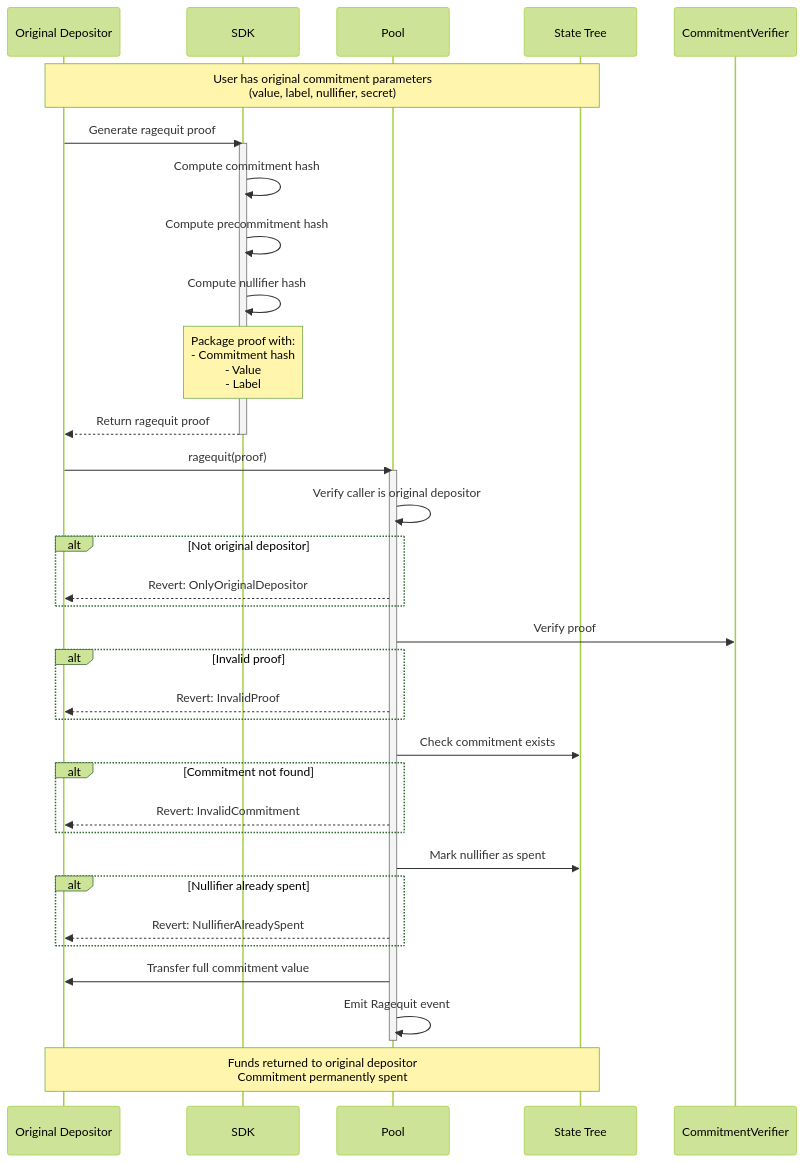
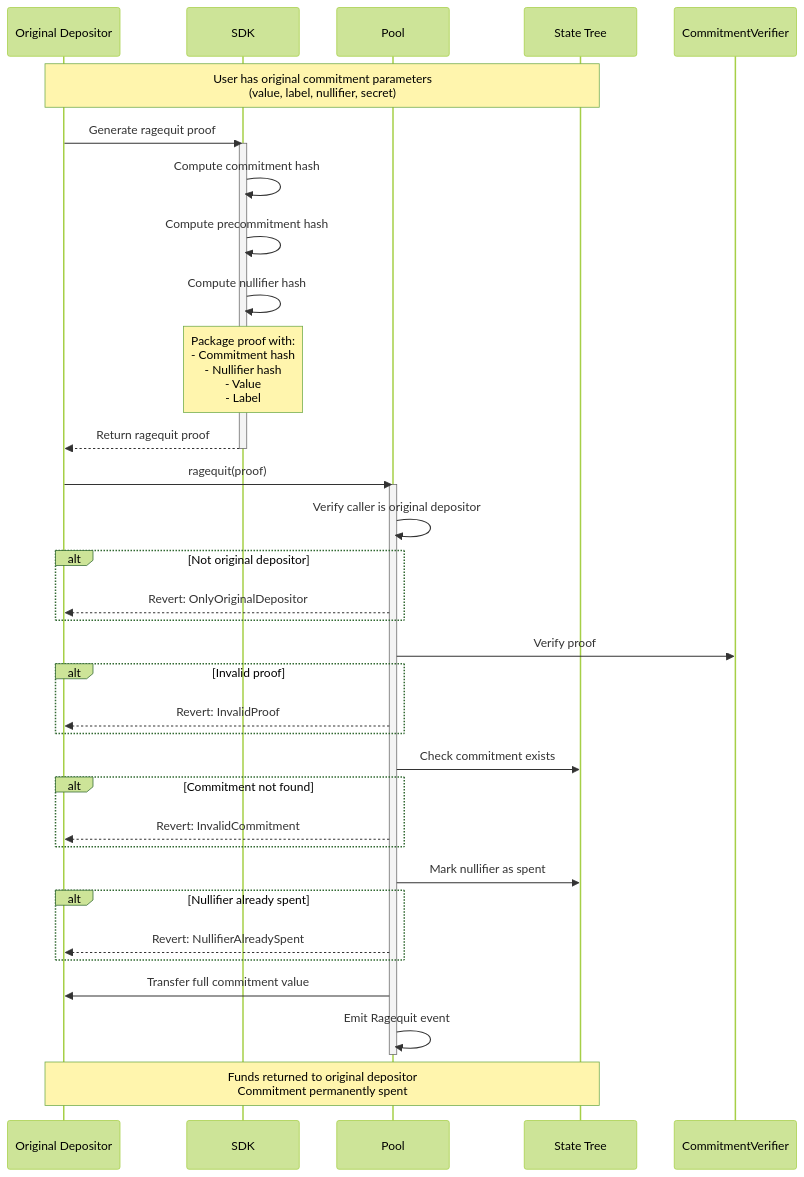
Before and after one commit to 0xmatthewb/privacy-pools-core: the diagram in docs/docs/protocol/ragequit.md, drawn with Mermaid (forest theme). The commit also changed other lines of this file and 7 other files, not shown here.

````diff
--- a/docs/docs/protocol/ragequit.md
+++ b/docs/docs/protocol/ragequit.md
@@ -19,56 +19,56 @@
 ```mermaid
 sequenceDiagram
     participant User as Original Depositor
     participant SDK
     participant Pool
     participant State as State Tree
     participant RQ as CommitmentVerifier
 
     Note over User,State: User has original commitment parameters<br/>(value, label, nullifier, secret)
 
     User->>SDK: Generate ragequit proof
 
     activate SDK
     SDK->>SDK: Compute commitment hash
     SDK->>SDK: Compute precommitment hash
     SDK->>SDK: Compute nullifier hash
 
-    Note over SDK: Package proof with:<br/>- Commitment hash<br/>- Value<br/>- Label
+    Note over SDK: Package proof with:<br/>- Commitment hash<br/>- Nullifier hash<br/>- Value<br/>- Label
     SDK-->>User: Return ragequit proof
     deactivate SDK
 
     User->>Pool: ragequit(proof)
 
     activate Pool
 
     Pool->>Pool: Verify caller is original depositor
 
     alt Not original depositor
         Pool-->>User: Revert: OnlyOriginalDepositor
     end
 
     Pool->>RQ: Verify proof
 
     alt Invalid proof
         Pool-->>User: Revert: InvalidProof
     end
 
     Pool->>State: Check commitment exists
 
     alt Commitment not found
         Pool-->>User: Revert: InvalidCommitment
     end
 
     Pool->>State: Mark nullifier as spent
 
     alt Nullifier already spent
         Pool-->>User: Revert: NullifierAlreadySpent
     end
 
     Pool->>User: Transfer full commitment value
 
     Pool->>Pool: Emit Ragequit event
     deactivate Pool
 
     Note over User,State: Funds returned to original depositor<br/>Commitment permanently spent
 ```
````
